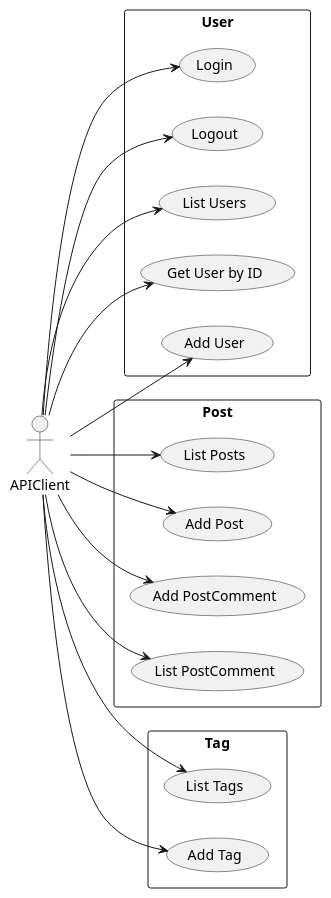
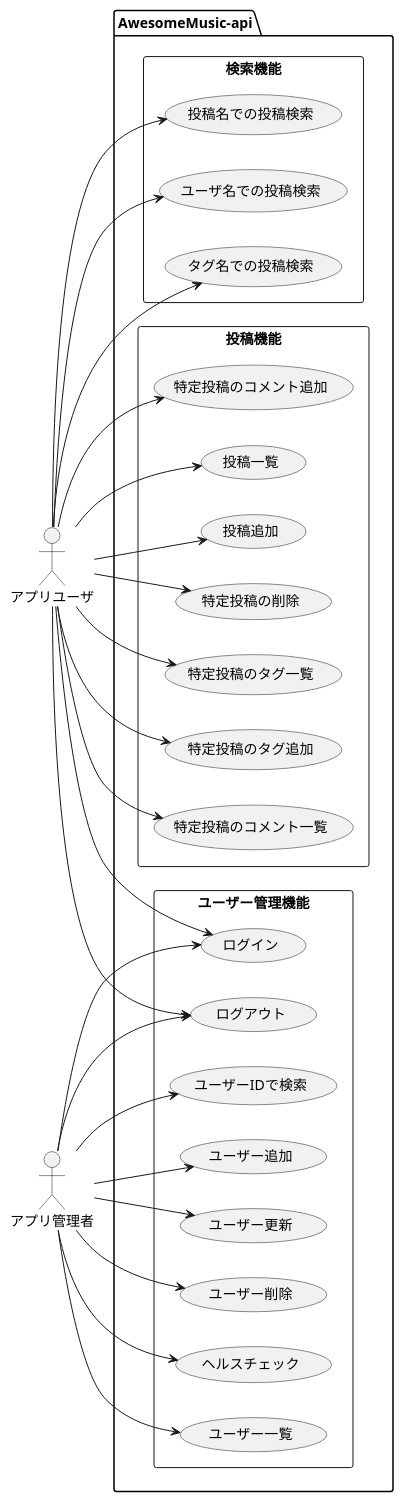
One commit to oshou/AwesomeMusic-api changed the diagram in docs/usecase.pu. Above: the diagram before and after it, drawn with PlantUML. The commit also changed 110 other files, not shown here.

```diff
--- a/docs/usecase.pu
+++ b/docs/usecase.pu
@@ -1,21 +1,33 @@
 @startuml
 left to right direction
-:APIClient:
-rectangle User {
-  APIClient --> (Login)
-  APIClient --> (Logout)
-  APIClient --> (List Users)
-  APIClient --> (Get User by ID)
-  APIClient --> (Add User)
-}
-rectangle Post {
-  APIClient --> (List Posts)
-  APIClient --> (Add Post)
-  APIClient --> (Add PostComment)
-  APIClient --> (List PostComment)
-}
-rectangle Tag {
-  APIClient --> (List Tags)
-  APIClient --> (Add Tag)
+:アプリユーザ:
+:アプリ管理者:
+package AwesomeMusic-api {
+  rectangle ユーザー管理機能 {
+    アプリユーザ --> (ログイン)
+    アプリユーザ --> (ログアウト)
+    アプリ管理者 --> (ヘルスチェック)
+    アプリ管理者 --> (ログイン)
+    アプリ管理者 --> (ログアウト)
+    アプリ管理者 --> (ユーザー一覧)
+    アプリ管理者 --> (ユーザーIDで検索)
+    アプリ管理者 --> (ユーザー追加)
+    アプリ管理者 --> (ユーザー更新)
+    アプリ管理者 --> (ユーザー削除)
+  }
+  rectangle 投稿機能 {
+    アプリユーザ --> (投稿一覧)
+    アプリユーザ --> (投稿追加)
+    アプリユーザ --> (特定投稿の削除)
+    アプリユーザ --> (特定投稿のタグ一覧)
+    アプリユーザ --> (特定投稿のタグ追加)
+    アプリユーザ --> (特定投稿のコメント一覧)
+    アプリユーザ --> (特定投稿のコメント追加)
+  }
+  rectangle 検索機能 {
+    アプリユーザ --> (投稿名での投稿検索)
+    アプリユーザ --> (ユーザ名での投稿検索)
+    アプリユーザ --> (タグ名での投稿検索)
+  }
 }
 @enduml
```
